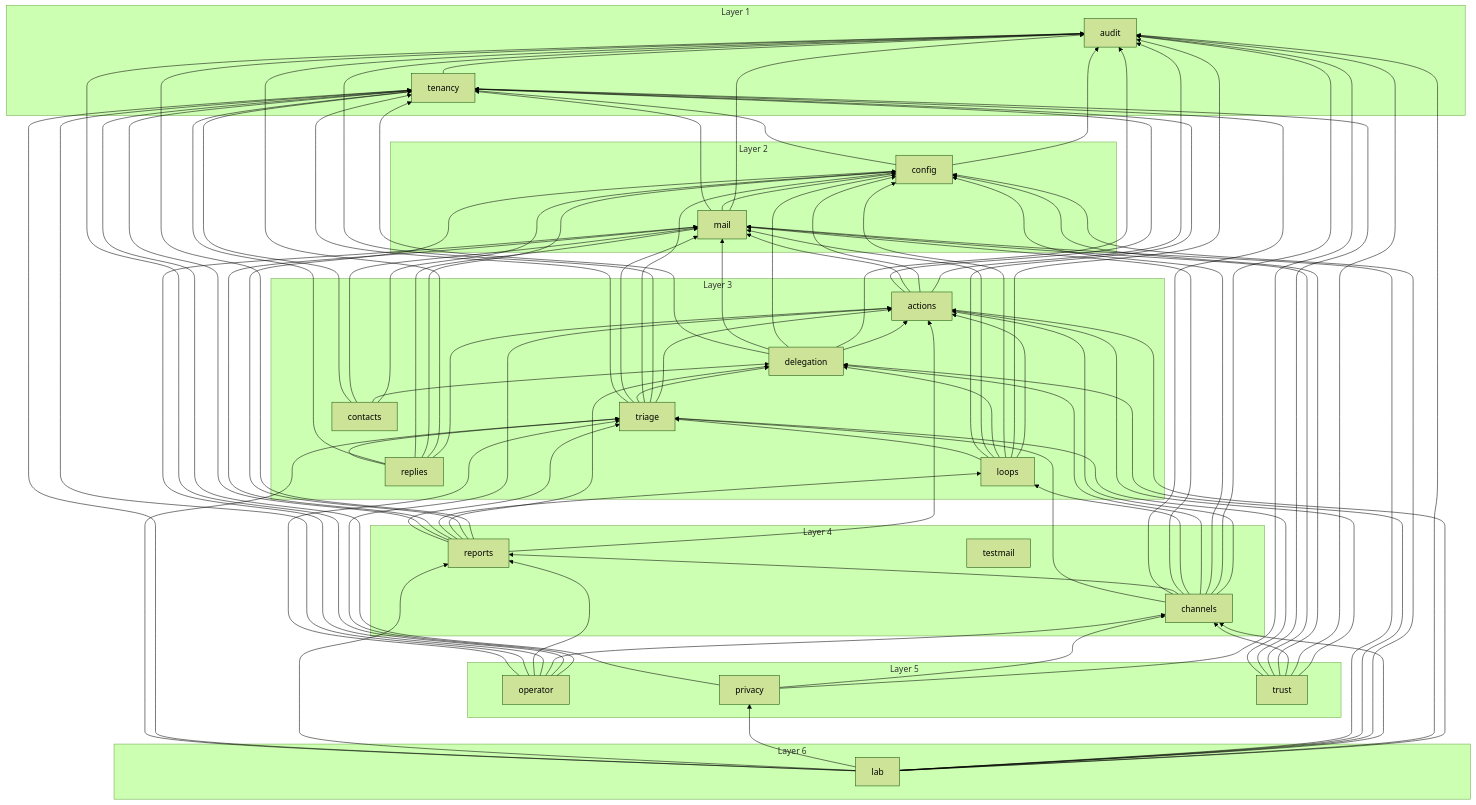
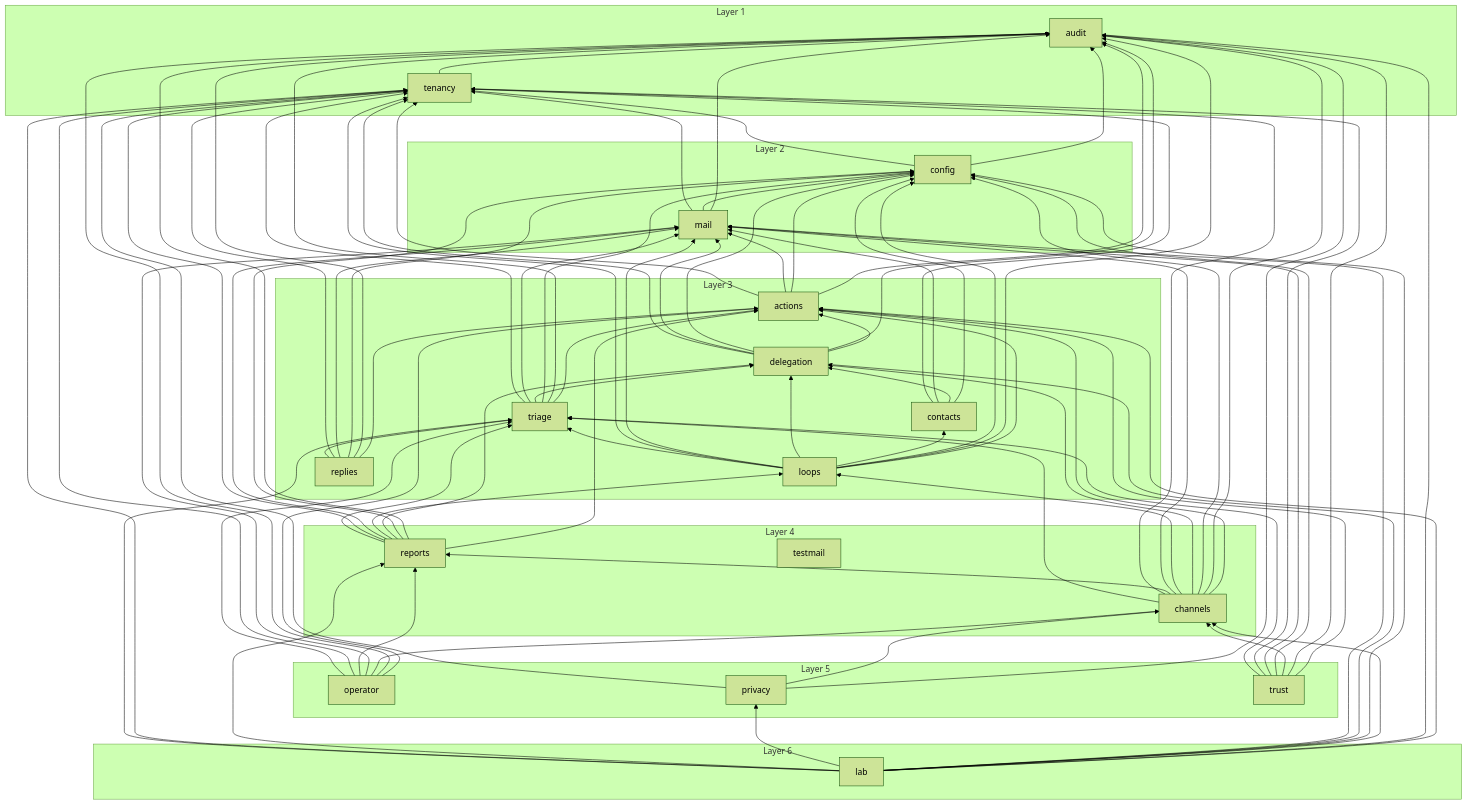
Before and after one commit to Artexs/email_assistant: the diagram in docs/diagrams/module-graph.md, drawn with Mermaid (forest theme). The commit also changed 30 other files, not shown here.

```diff
--- a/docs/diagrams/module-graph.md
+++ b/docs/diagrams/module-graph.md
@@ -72,6 +72,7 @@
   loops --> actions
   loops --> audit
   loops --> config
+  loops --> contacts
   loops --> delegation
   loops --> mail
   loops --> tenancy
```
